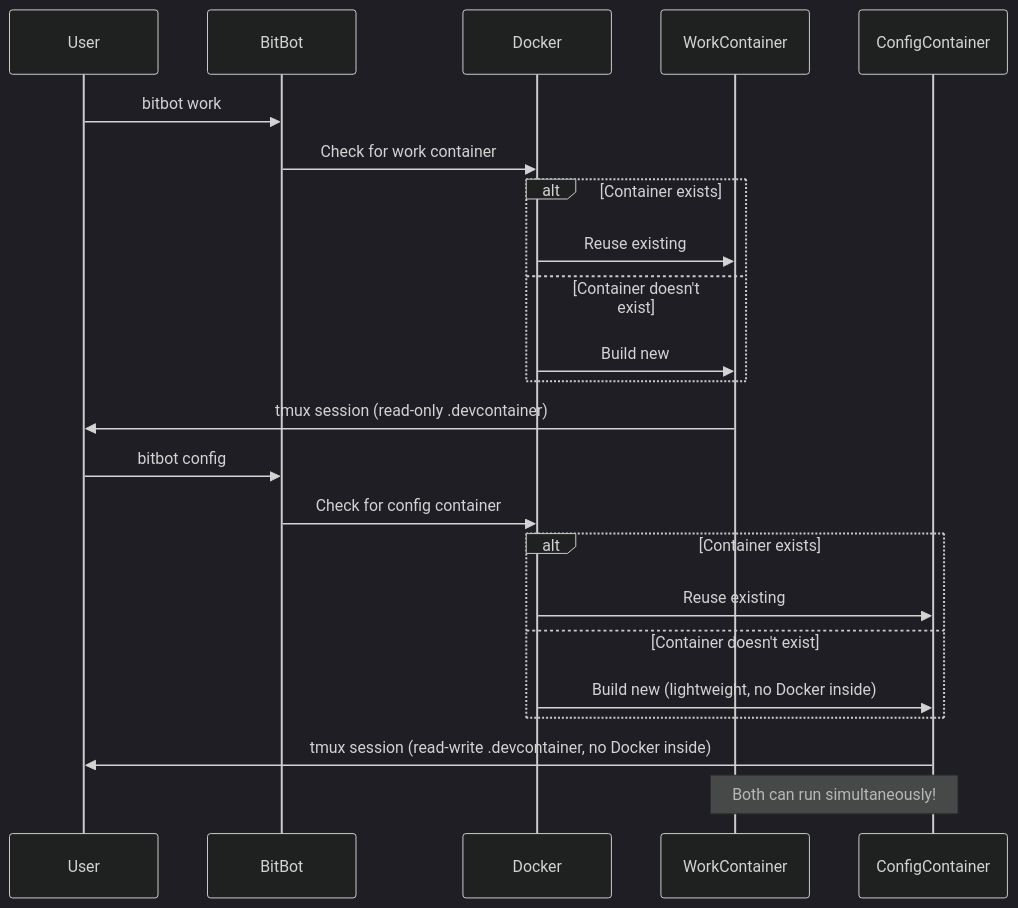
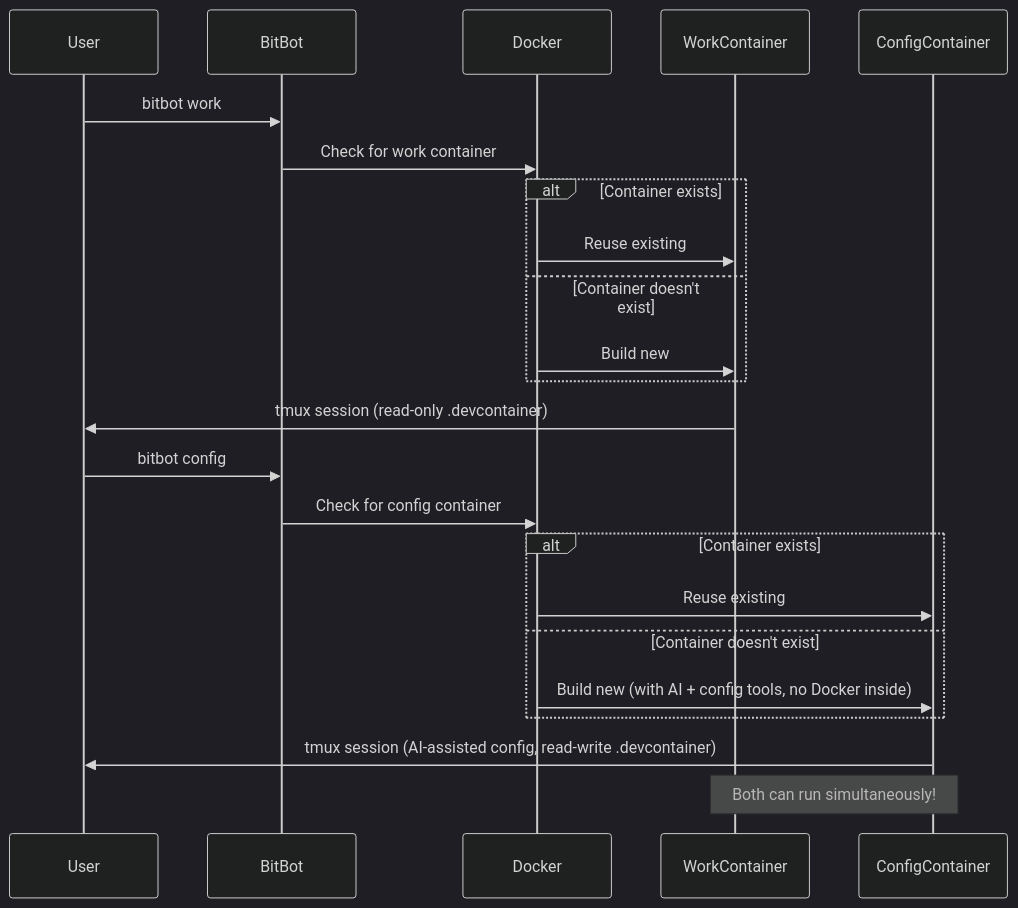
The third of 4 diagrams in sparc/3-architecture/diagrams/02-container-orchestration.md (ManuelKugelmann/BitBot), drawn with Mermaid (dark theme) before and after one commit. The commit also changed other lines of this file and 1 other file, not shown here.

First line of the commit message:
Correct config container description - has AI agents not just editing tools

````diff
--- a/sparc/3-architecture/diagrams/02-container-orchestration.md
+++ b/sparc/3-architecture/diagrams/02-container-orchestration.md
@@ -210,28 +211,28 @@
 ```mermaid
 sequenceDiagram
     participant User
     participant BitBot
     participant Docker
     participant WorkContainer
     participant ConfigContainer
 
     User->>BitBot: bitbot work
     BitBot->>Docker: Check for work container
     alt Container exists
         Docker->>WorkContainer: Reuse existing
     else Container doesn't exist
         Docker->>WorkContainer: Build new
     end
     WorkContainer->>User: tmux session (read-only .devcontainer)
 
     User->>BitBot: bitbot config
     BitBot->>Docker: Check for config container
     alt Container exists
         Docker->>ConfigContainer: Reuse existing
     else Container doesn't exist
-        Docker->>ConfigContainer: Build new (lightweight, no Docker inside)
+        Docker->>ConfigContainer: Build new (with AI + config tools, no Docker inside)
     end
-    ConfigContainer->>User: tmux session (read-write .devcontainer, no Docker inside)
+    ConfigContainer->>User: tmux session (AI-assisted config, read-write .devcontainer)
 
     Note over WorkContainer,ConfigContainer: Both can run simultaneously!
 ```
````
